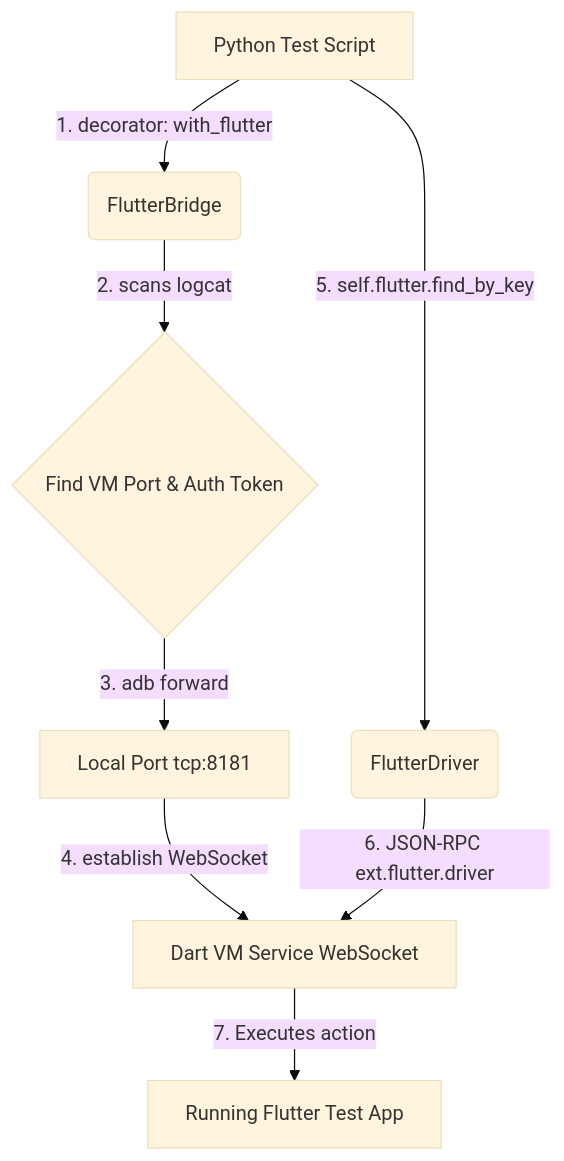
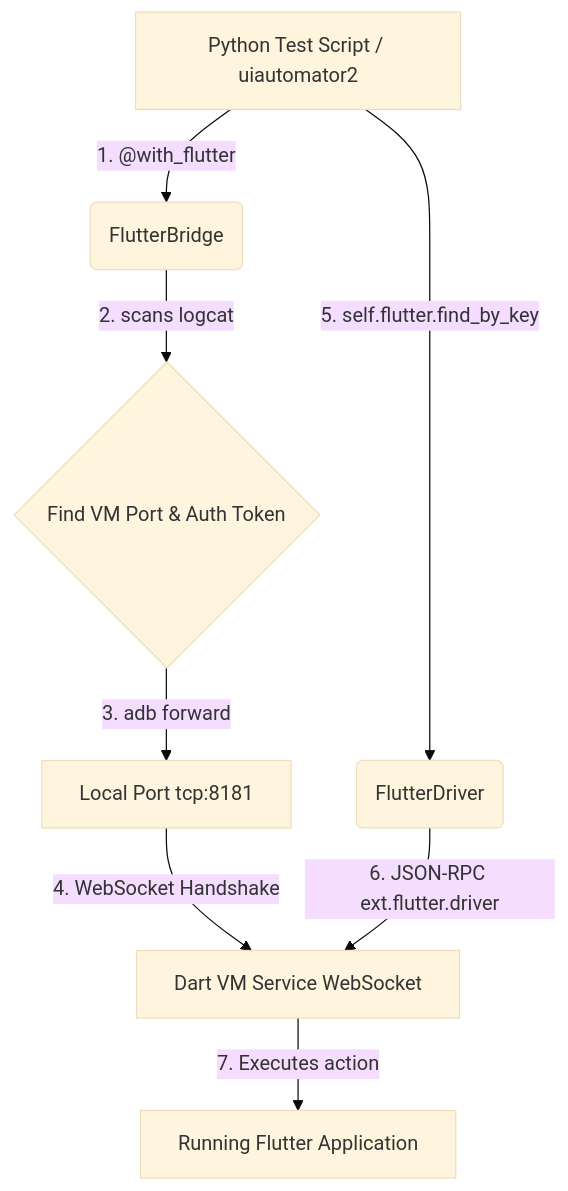
The diagram in README.md (assassinaj602/u2_flutter), drawn with Mermaid (base theme) before and after one commit. The commit also changed other lines of this file, not shown here.

Commit message:
docs: reframe README around uiautomator2 plugin architecture and basic usage

````diff
--- a/README.md
+++ b/README.md
@@ -43,10 +25,10 @@
 ```mermaid
 graph TD
-    A[Python Test Script] -->|1. decorator: with_flutter| B(FlutterBridge)
+    A[Python Test Script / uiautomator2] -->|1. @with_flutter| B(FlutterBridge)
     B -->|2. scans logcat| C{Find VM Port & Auth Token}
     C -->|3. adb forward| D[Local Port tcp:8181]
-    D -->|4. establish WebSocket| E[Dart VM Service WebSocket]
+    D -->|4. WebSocket Handshake| E[Dart VM Service WebSocket]
     A -->|5. self.flutter.find_by_key| F(FlutterDriver)
     F -->|6. JSON-RPC ext.flutter.driver| E
-    E -->|7. Executes action| G[Running Flutter Test App]
+    E -->|7. Executes action| G[Running Flutter Application]
 ```
````
